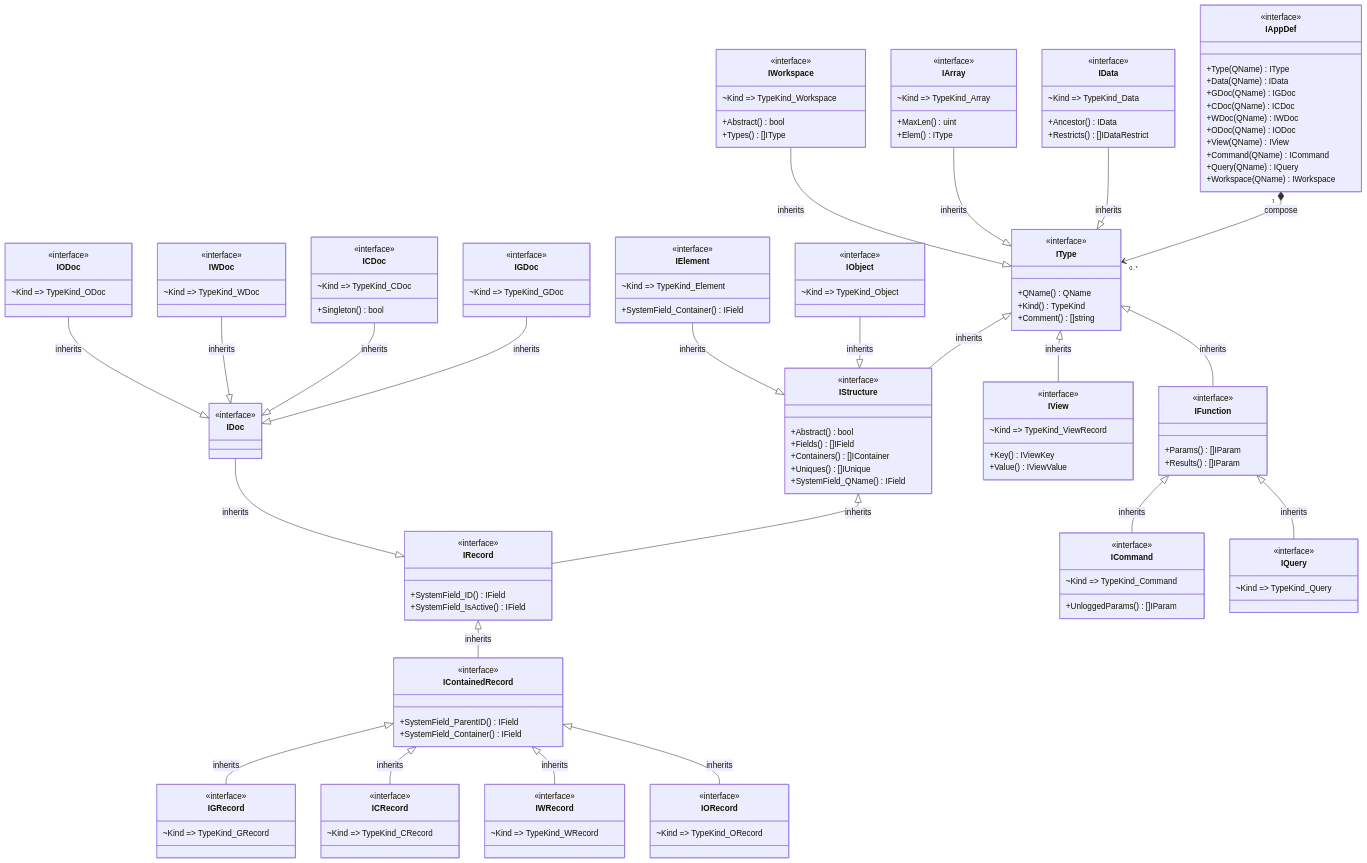
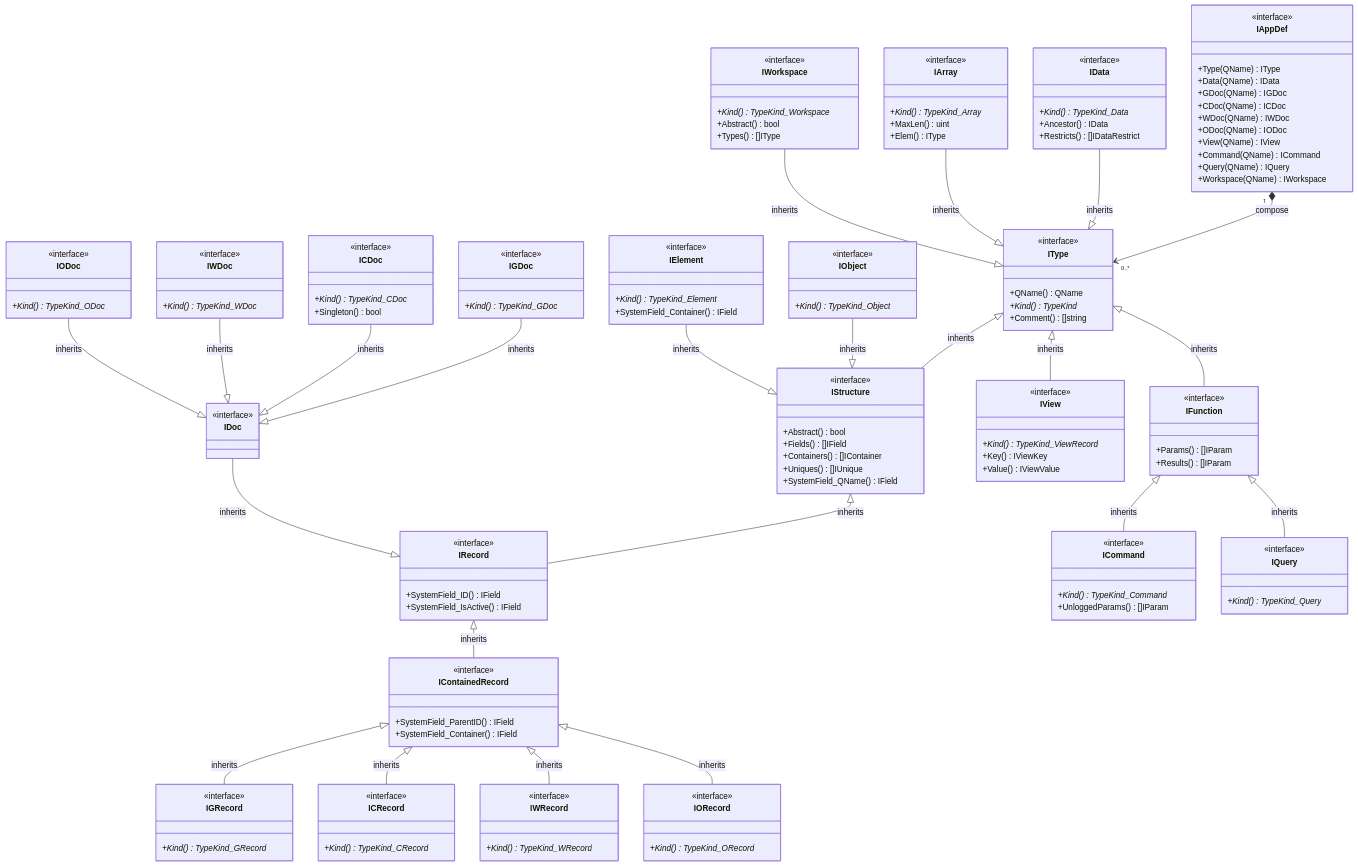
The first of 7 diagrams in pkg/appdef/README.md (voedger/voedger), drawn with Mermaid before and after one commit. The commit also changed other lines of this file, not shown here.

```diff
--- a/pkg/appdef/README.md
+++ b/pkg/appdef/README.md
@@ -26,14 +26,14 @@
     class IType {
         <<interface>>
         +QName() QName
-        +Kind() TypeKind
+        +Kind()* TypeKind
         +Comment() []string
     }
 
     IData --|> IType : inherits
     class IData {
         <<interface>>
-        ~Kind => TypeKind_Data
+        +Kind()* TypeKind_Data
         +Ancestor() IData
         +Restricts() []IDataRestrict
     }
@@ -41,7 +41,7 @@
     IArray --|> IType : inherits
     class IArray {
         <<interface>>
-        ~Kind => TypeKind_Array
+        +Kind()* TypeKind_Array
         +MaxLen() uint
         +Elem() IType
     }
@@ -71,26 +71,26 @@
     IGDoc --|> IDoc : inherits
     class IGDoc {
         <<interface>>
-        ~Kind => TypeKind_GDoc
+        +Kind()* TypeKind_GDoc
     }
 
     ICDoc --|> IDoc : inherits
     class ICDoc {
         <<interface>>
-        ~Kind => TypeKind_CDoc
+        +Kind()* TypeKind_CDoc
         +Singleton() bool
     }
 
     IWDoc --|> IDoc : inherits
     class IWDoc {
         <<interface>>
-        ~Kind => TypeKind_WDoc
+        +Kind()* TypeKind_WDoc
     }
                     
     IODoc --|> IDoc: inherits
     class IODoc {
         <<interface>>
-        ~Kind => TypeKind_ODoc
+        +Kind()* TypeKind_ODoc
     }
 
     IRecord <|-- IContainedRecord  : inherits
@@ -103,44 +103,44 @@
     IContainedRecord <|-- IGRecord : inherits
     class IGRecord {
         <<interface>>
-        ~Kind => TypeKind_GRecord
+        +Kind()* TypeKind_GRecord
     }
 
     IContainedRecord <|-- ICRecord : inherits
     class ICRecord {
         <<interface>>
-        ~Kind => TypeKind_CRecord
+        +Kind()* TypeKind_CRecord
     }
 
     IContainedRecord <|-- IWRecord : inherits
     class IWRecord {
         <<interface>>
-        ~Kind => TypeKind_WRecord
+        +Kind()* TypeKind_WRecord
     }
 
     IContainedRecord <|-- IORecord : inherits
     class IORecord {
         <<interface>>
-        ~Kind => TypeKind_ORecord
+        +Kind()* TypeKind_ORecord
     }
 
     IObject --|> IStructure : inherits
     class IObject {
         <<interface>>
-        ~Kind => TypeKind_Object
+        +Kind()* TypeKind_Object
     }
 
     IElement --|> IStructure : inherits
     class IElement {
         <<interface>>
-        ~Kind => TypeKind_Element
+        +Kind()* TypeKind_Element
         +SystemField_Container() IField
     }
 
     IType <|-- IView : inherits
     class IView {
         <<interface>>
-        ~Kind => TypeKind_ViewRecord
+        +Kind()* TypeKind_ViewRecord
         +Key() IViewKey
         +Value() IViewValue
     }
@@ -155,21 +155,21 @@
     IFunction <|-- ICommand : inherits
     class ICommand {
         <<interface>>
-        ~Kind => TypeKind_Command
+        +Kind()* TypeKind_Command
         +UnloggedParams() []IParam
     }
 
     IFunction <|-- IQuery : inherits
     class IQuery {
         <<interface>>
-        ~Kind => TypeKind_Query
+        +Kind()* TypeKind_Query
     }
 
 
     IWorkspace --|> IType : inherits
     class IWorkspace {
         <<interface>>
-        ~Kind => TypeKind_Workspace
+        +Kind()* TypeKind_Workspace
         +Abstract() bool
         +Types() []IType
     }
```
